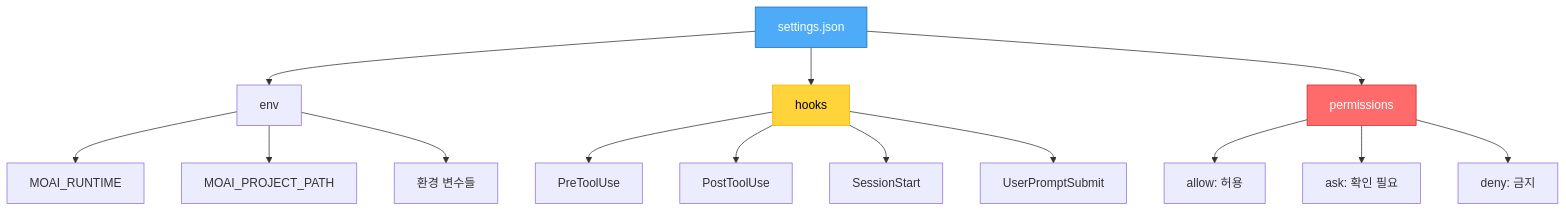
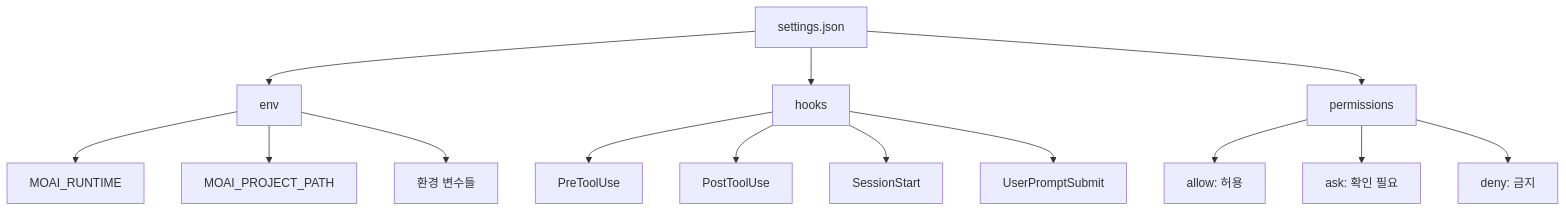
One commit to modu-ai/moai-adk changed the second of 7 diagrams in docs/claude/agents/cc-manager.md. Above: the diagram before and after it, drawn with Mermaid. The commit also changed other lines of this file and 299 other files, not shown here.

First line of the commit message:
🎨 feat: Mermaid 다크/라이트 테마 대응 + trust-checker 통합

````diff
--- a/docs/claude/agents/cc-manager.md
+++ b/docs/claude/agents/cc-manager.md
@@ -100,23 +98,20 @@
 ```mermaid
 graph TD
     A[settings.json] --> B[env]
     A --> C[hooks]
     A --> D[permissions]
 
     B --> B1[MOAI_RUNTIME]
     B --> B2[MOAI_PROJECT_PATH]
     B --> B3[환경 변수들]
 
     C --> C1[PreToolUse]
     C --> C2[PostToolUse]
     C --> C3[SessionStart]
     C --> C4[UserPromptSubmit]
 
     D --> D1[allow: 허용]
     D --> D2[ask: 확인 필요]
     D --> D3[deny: 금지]
 
-    style A fill:#4dabf7,stroke:#1971c2,color:#fff
-    style C fill:#ffd43b,stroke:#fab005,color:#000
-    style D fill:#ff6b6b,stroke:#c92a2a,color:#fff
 ```
````
